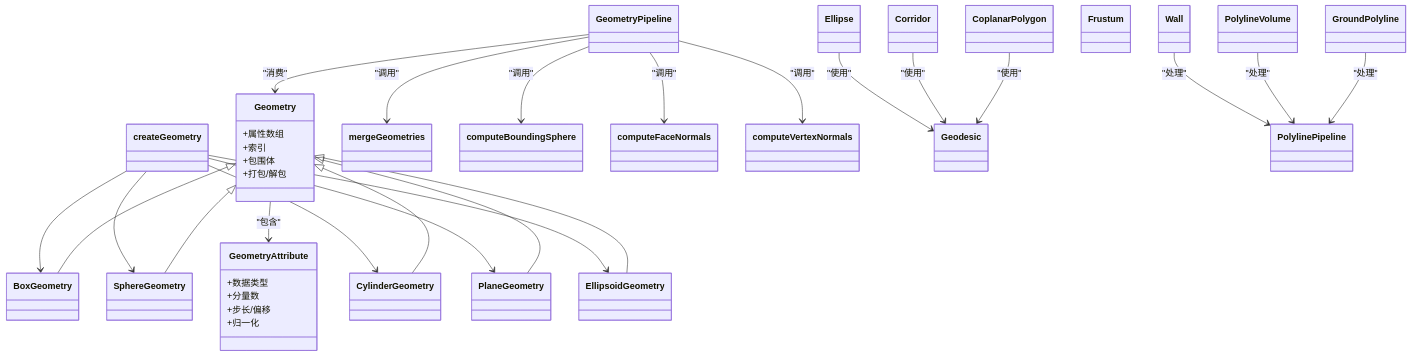
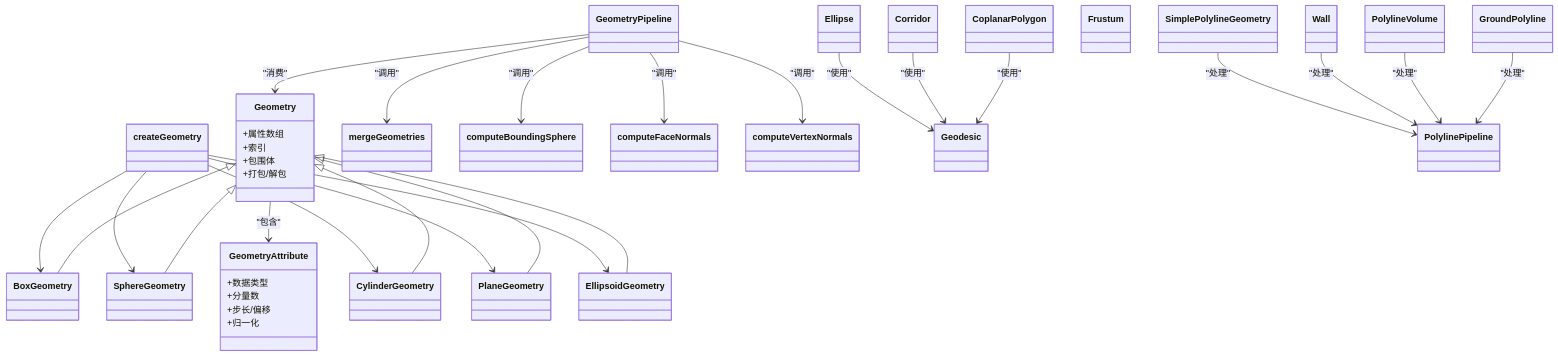
Before and after one commit to rzhangjing/cesium: the sixth of 6 diagrams in .qoder/repowiki/zh/content/项目概述/核心特性/实体与几何体系统/几何体处理.md, drawn with Mermaid. The commit also changed other lines of this file and 32 other files, not shown here.

````diff
--- a/.qoder/repowiki/zh/content/项目概述/核心特性/实体与几何体系统/几何体处理.md
+++ b/.qoder/repowiki/zh/content/项目概述/核心特性/实体与几何体系统/几何体处理.md
@@ -512,57 +535,59 @@
 ```mermaid
 classDiagram
 class Geometry {
 +属性数组
 +索引
 +包围体
 +打包/解包
 }
 class GeometryAttribute {
 +数据类型
 +分量数
 +步长/偏移
 +归一化
 }
 class BoxGeometry
 class SphereGeometry
 class CylinderGeometry
 class PlaneGeometry
 class EllipsoidGeometry
 class GeometryPipeline
 class createGeometry
 class mergeGeometries
 class computeBoundingSphere
 class computeFaceNormals
 class computeVertexNormals
 class CoplanarPolygon
 class Corridor
 class Ellipse
 class Frustum
 class GroundPolyline
 class PolylineVolume
 class Wall
 class Geodesic
 class PolylinePipeline
+class SimplePolylineGeometry
 Geometry <|-- BoxGeometry
 Geometry <|-- SphereGeometry
 Geometry <|-- CylinderGeometry
 Geometry <|-- PlaneGeometry
 Geometry <|-- EllipsoidGeometry
 Geometry --> GeometryAttribute : "包含"
 createGeometry --> BoxGeometry
 createGeometry --> SphereGeometry
 createGeometry --> CylinderGeometry
 createGeometry --> PlaneGeometry
 createGeometry --> EllipsoidGeometry
 GeometryPipeline --> Geometry : "消费"
 GeometryPipeline --> mergeGeometries : "调用"
 GeometryPipeline --> computeBoundingSphere : "调用"
 GeometryPipeline --> computeFaceNormals : "调用"
 GeometryPipeline --> computeVertexNormals : "调用"
 CoplanarPolygon --> Geodesic : "使用"
 Corridor --> Geodesic : "使用"
 Ellipse --> Geodesic : "使用"
 GroundPolyline --> PolylinePipeline : "处理"
 PolylineVolume --> PolylinePipeline : "处理"
 Wall --> PolylinePipeline : "处理"
+SimplePolylineGeometry --> PolylinePipeline : "处理"
 ```
````
